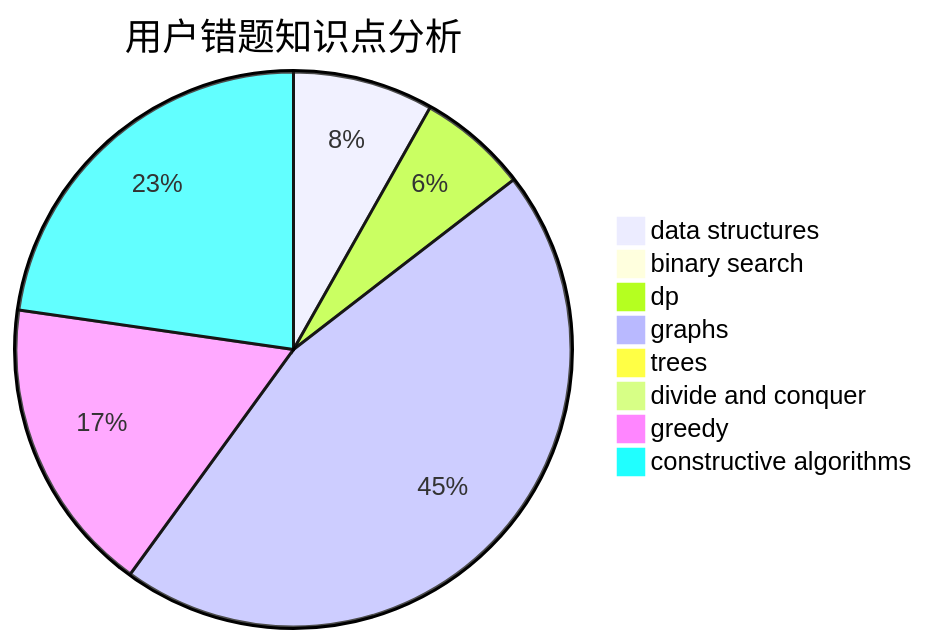
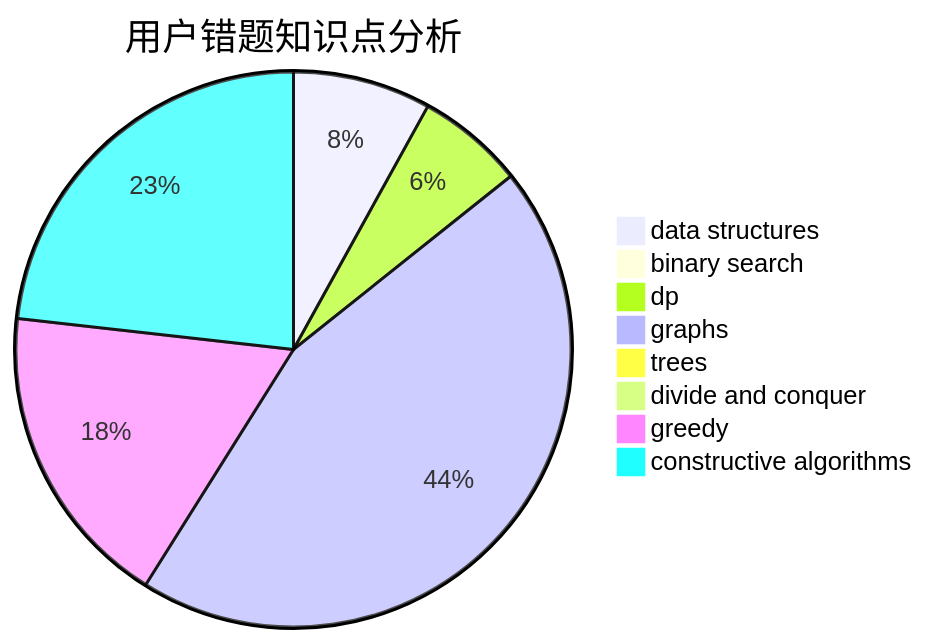
One commit to sherpahu/cfrs.github.io changed the third of 3 diagrams in docs/user/u2265.md. Above: the diagram before and after it, drawn with Mermaid. The commit also changed other lines of this file and 2770 other files, not shown here.

````diff
--- a/docs/user/u2265.md
+++ b/docs/user/u2265.md
@@ -36,11 +36,11 @@
 ```mermaid
 pie title 用户错题知识点分析
     "data structures" :  9
     "binary search" :  1
     "dp" :  7
     "graphs" :  50
     "trees" :  0
     "divide and conquer" :  0
-    "greedy" :  19
-    "constructive algorithms" :  25
+    "greedy" :  20
+    "constructive algorithms" :  26
 ```
````
